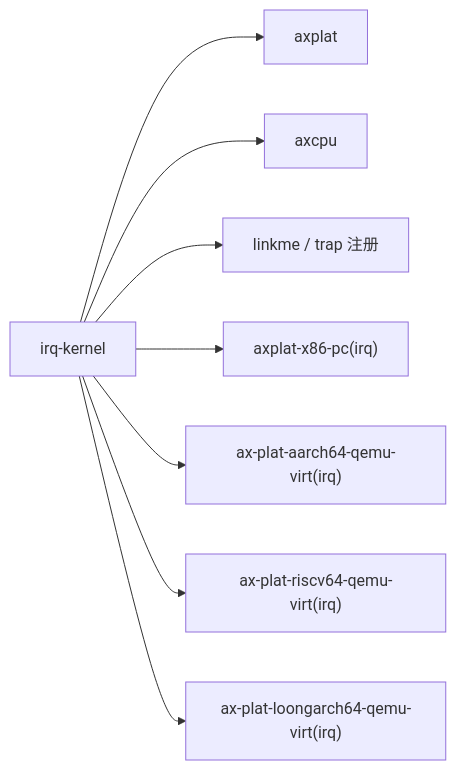
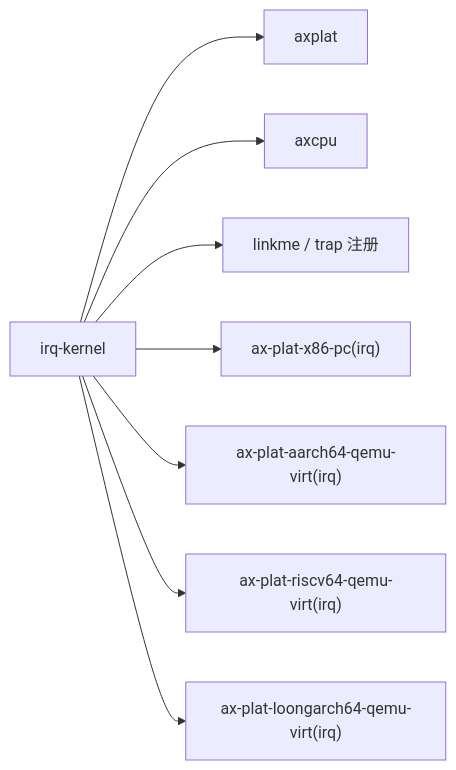
Before and after one commit to zKurisu/tgoskits: the second of 2 diagrams in docs/crates/irq-kernel.md, drawn with Mermaid. The commit also changed 39 other files, not shown here.

Commit message:
rename axplat-x86-pc to ax-plat-x86-pc

````diff
--- a/docs/crates/irq-kernel.md
+++ b/docs/crates/irq-kernel.md
@@ -82,10 +82,10 @@
 ```mermaid
 graph LR
     sample["irq-kernel"] --> axplat["axplat"]
     sample --> axcpu["axcpu"]
     sample --> linkme["linkme / trap 注册"]
-    sample --> x86["axplat-x86-pc(irq)"]
+    sample --> x86["ax-plat-x86-pc(irq)"]
     sample --> a64["ax-plat-aarch64-qemu-virt(irq)"]
     sample --> rv["ax-plat-riscv64-qemu-virt(irq)"]
     sample --> loong["ax-plat-loongarch64-qemu-virt(irq)"]
 ```
````
